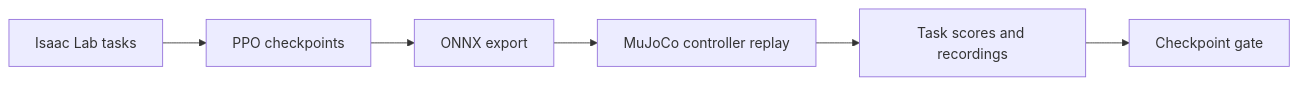
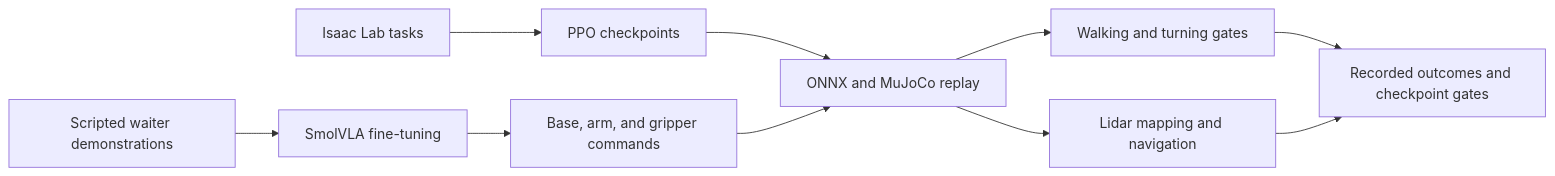
Before and after one commit to joses2017smjh/bhl-robustness-ladder: the diagram in README.md, drawn with Mermaid. The commit also changed other lines of this file and 18 other files, not shown here.

````diff
--- a/README.md
+++ b/README.md
@@ -33,8 +69,12 @@
 ```mermaid
 flowchart LR
   A[Isaac Lab tasks] --> B[PPO checkpoints]
-  B --> C[ONNX export]
-  C --> D[MuJoCo controller replay]
-  D --> E[Task scores and recordings]
-  E --> F[Checkpoint gate]
+  B --> C[ONNX and MuJoCo replay]
+  C --> D[Walking and turning gates]
+  C --> E[Lidar mapping and navigation]
+  F[Scripted waiter demonstrations] --> G[SmolVLA fine-tuning]
+  G --> H[Base, arm, and gripper commands]
+  H --> C
+  D --> I[Recorded outcomes and checkpoint gates]
+  E --> I
 ```
````
